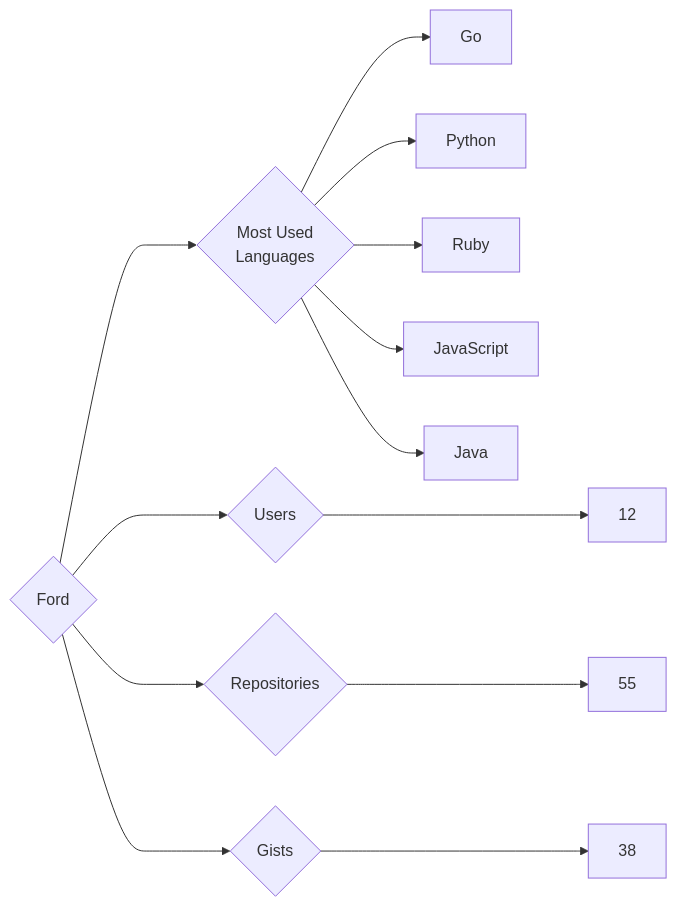
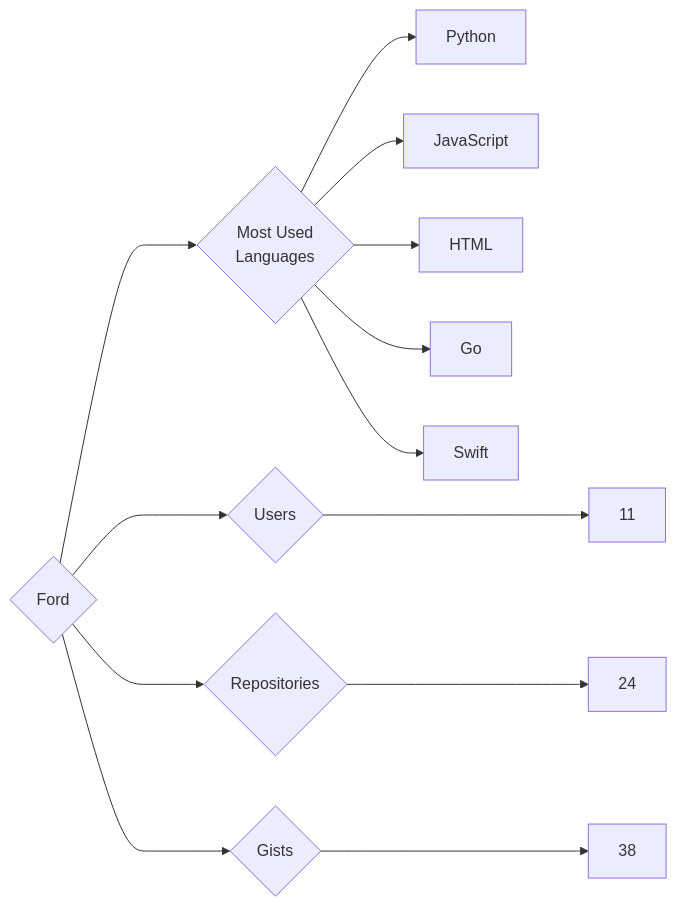
Before and after one commit to trickest/insiders: the diagram in targets/Ford/README.md, drawn with Mermaid. The commit also changed 1120 other files, not shown here.

````diff
--- a/targets/Ford/README.md
+++ b/targets/Ford/README.md
@@ -3,13 +3,13 @@
 ```mermaid
 graph LR
 COMPANY_NAME{Ford}
-COMPANY_NAME ---> U{Users} ---> UN[12]
-COMPANY_NAME ---> R{Repositories} ---> RN[55]
+COMPANY_NAME ---> U{Users} ---> UN[11]
+COMPANY_NAME ---> R{Repositories} ---> RN[24]
 COMPANY_NAME ---> G{Gists} ---> GN[38]
 COMPANY_NAME ---> ML{Most Used<br>Languages}
+ML --> Python[Python]
+ML --> JavaScript[JavaScript]
+ML --> HTML[HTML]
 ML --> Go[Go]
-ML --> Python[Python]
-ML --> Ruby[Ruby]
-ML --> JavaScript[JavaScript]
-ML --> Java[Java]
+ML --> Swift[Swift]
 ```
````
